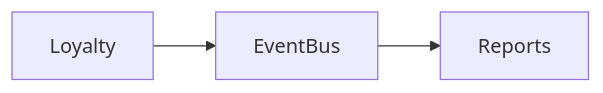
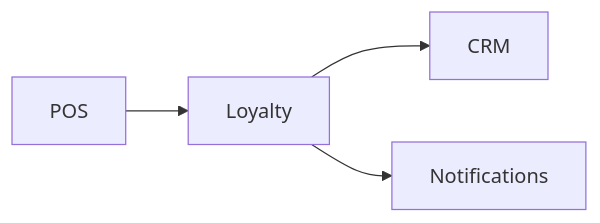
Before and after one commit to sameheg/cafeos: the diagram in ModulesDoc/LOYALTY.md, drawn with Mermaid. The commit also changed other lines of this file and 21 other files, not shown here.

````diff
--- a/ModulesDoc/LOYALTY.md
+++ b/ModulesDoc/LOYALTY.md
@@ -16,5 +17,6 @@
 ```mermaid
 flowchart LR
-  A[Loyalty] --> B[EventBus]
-  B --> C[Reports]
+  POS --> Loyalty
+  Loyalty --> CRM
+  Loyalty --> Notifications
 ```
````
